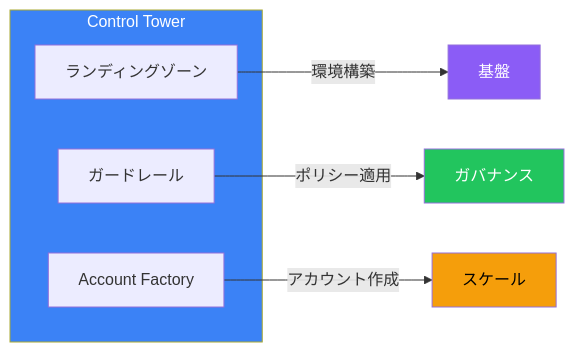
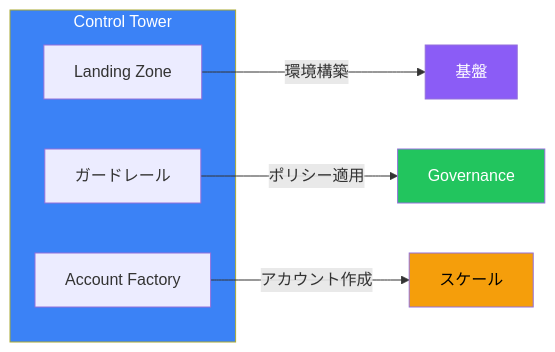
The ninth of 9 diagrams in content/blog/ja/aws-control-tower.md (shunkus/shunku.net), drawn with Mermaid before and after one commit. The commit also changed other lines of this file and 56 other files, not shown here.

````diff
--- a/content/blog/ja/aws-control-tower.md
+++ b/content/blog/ja/aws-control-tower.md
@@ -371,17 +371,17 @@
 ```mermaid
 flowchart LR
     subgraph ControlTower["Control Tower"]
-        LZ["ランディングゾーン"]
+        LZ["Landing Zone"]
         GR["ガードレール"]
         AF["Account Factory"]
     end
 
     LZ --> |"環境構築"| Foundation["基盤"]
-    GR --> |"ポリシー適用"| Governance["ガバナンス"]
+    GR --> |"ポリシー適用"| Governance["Governance"]
     AF --> |"アカウント作成"| Scale["スケール"]
 
     style ControlTower fill:#3b82f6,color:#fff
     style Foundation fill:#8b5cf6,color:#fff
     style Governance fill:#22c55e,color:#fff
     style Scale fill:#f59e0b,color:#000
 ```
````
